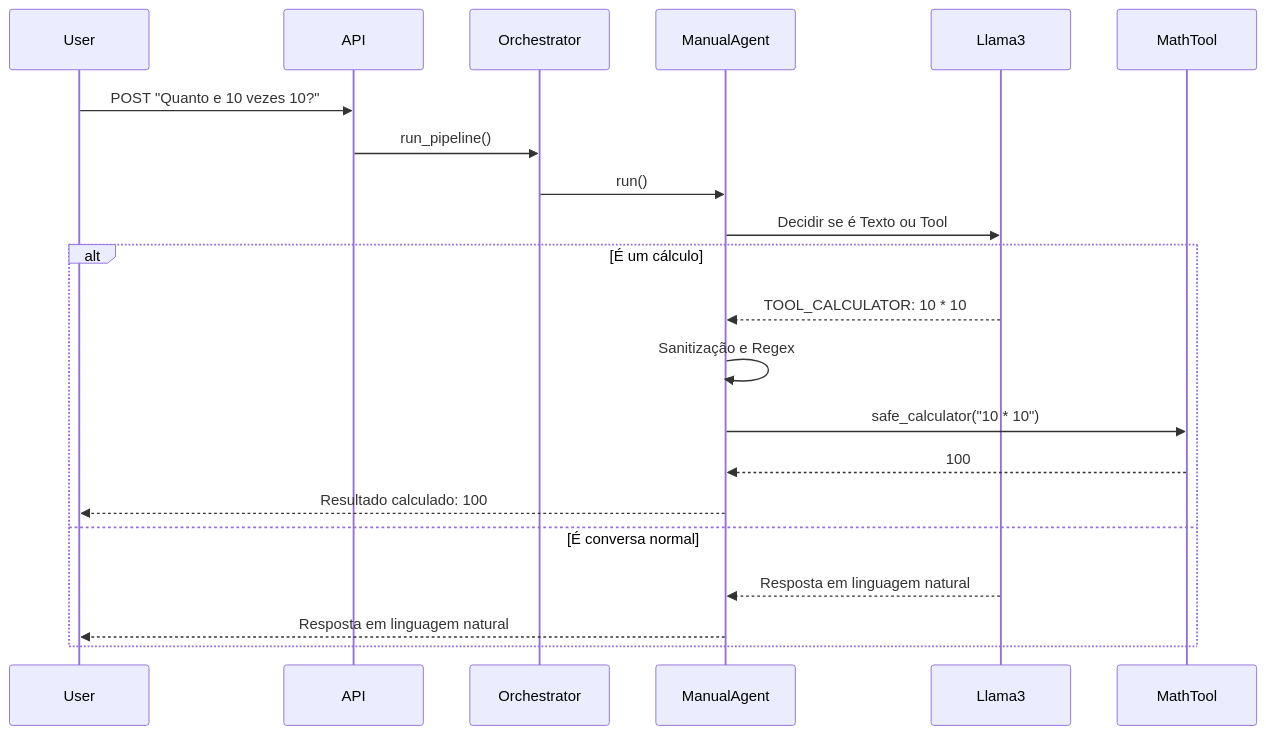
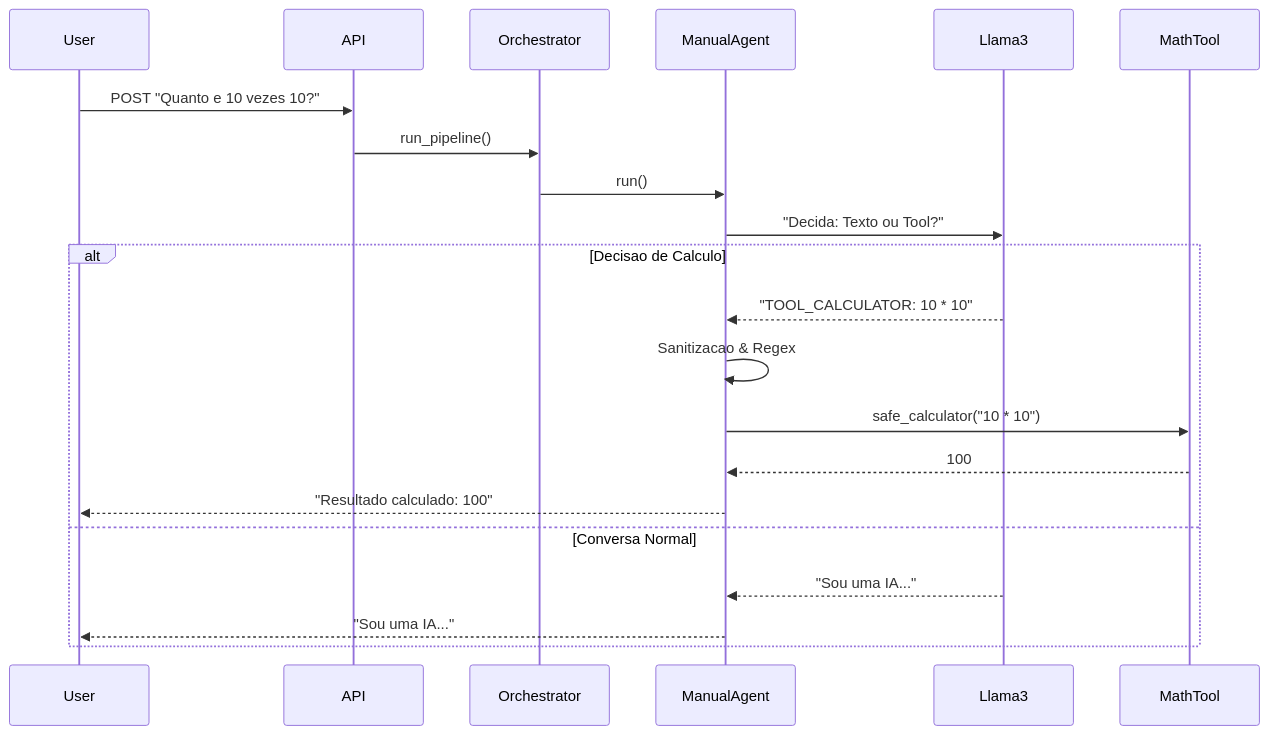
Before and after one commit to ianlucasalmeida/chat-agent-api: the first of 2 diagrams in README.md, drawn with Mermaid. The commit also changed other lines of this file, not shown here.

````diff
--- a/README.md
+++ b/README.md
@@ -30,26 +36,25 @@
 ```mermaid
 sequenceDiagram
     participant User
     participant API
     participant Orchestrator
     participant ManualAgent
     participant Llama3
     participant MathTool
 
     User->>API: POST "Quanto e 10 vezes 10?"
     API->>Orchestrator: run_pipeline()
     Orchestrator->>ManualAgent: run()
-    ManualAgent->>Llama3: Decidir se é Texto ou Tool
-
-    alt É um cálculo
-        Llama3-->>ManualAgent: TOOL_CALCULATOR: 10 * 10
-        ManualAgent->>ManualAgent: Sanitização e Regex
+    ManualAgent->>Llama3: "Decida: Texto ou Tool?"
+    
+    alt Decisao de Calculo
+        Llama3-->>ManualAgent: "TOOL_CALCULATOR: 10 * 10"
+        ManualAgent->>ManualAgent: Sanitizacao & Regex
         ManualAgent->>MathTool: safe_calculator("10 * 10")
         MathTool-->>ManualAgent: 100
-        ManualAgent-->>User: Resultado calculado: 100
-    else É conversa normal
-        Llama3-->>ManualAgent: Resposta em linguagem natural
-        ManualAgent-->>User: Resposta em linguagem natural
+        ManualAgent-->>User: "Resultado calculado: 100"
+    else Conversa Normal
+        Llama3-->>ManualAgent: "Sou uma IA..."
+        ManualAgent-->>User: "Sou uma IA..."
     end
-
 ```
````
